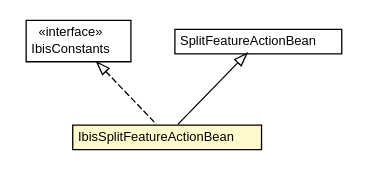
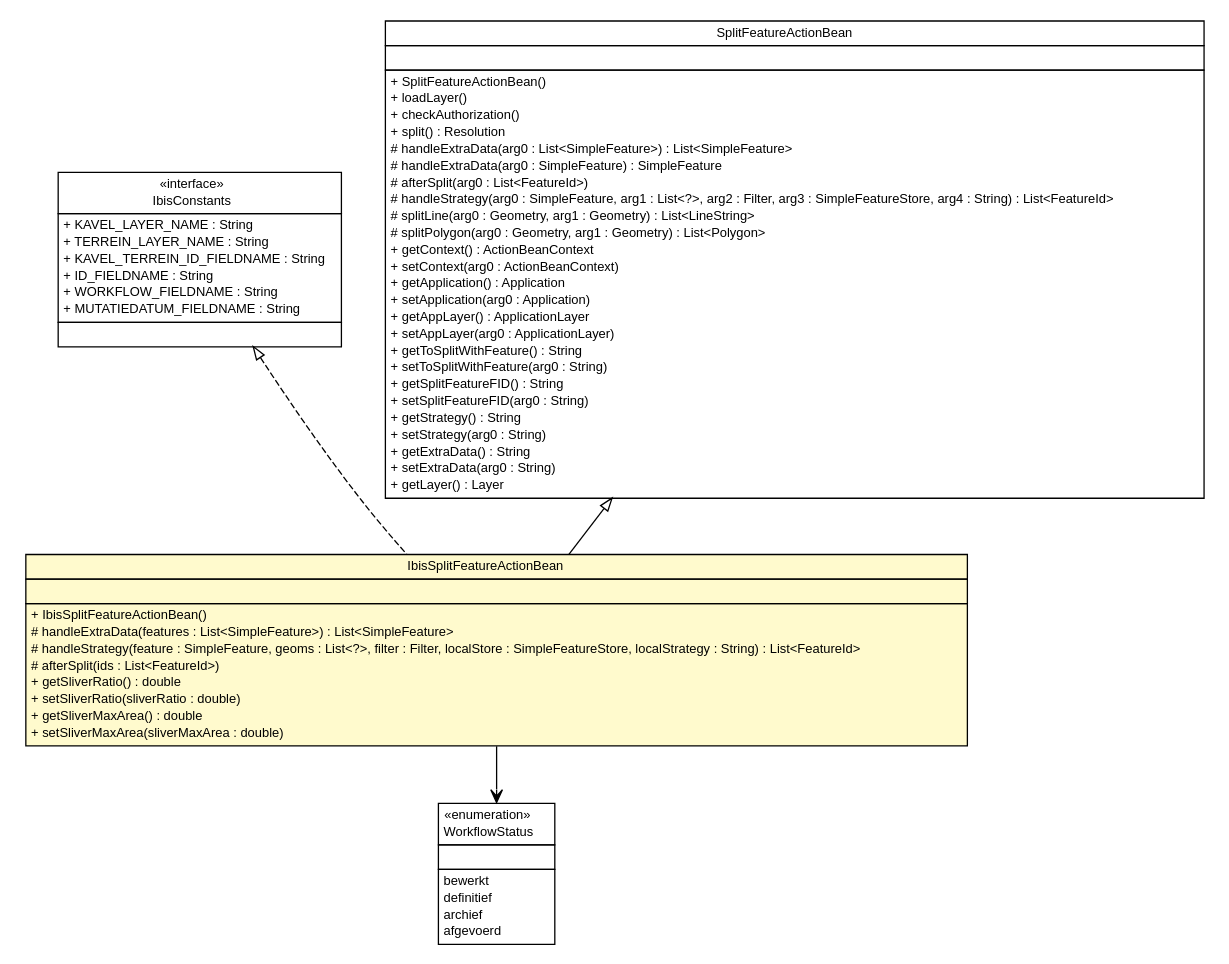
The diagram in ibis-viewer/apidocs/nl/b3p/viewer/stripes/IbisSplitFeatureActionBean.dot (B3Partners/flamingo-ibis), drawn with Graphviz before and after one commit. The commit also changed 233 other files, not shown here.

```diff
--- a/ibis-viewer/apidocs/nl/b3p/viewer/stripes/IbisSplitFeatureActionBean.dot
+++ b/ibis-viewer/apidocs/nl/b3p/viewer/stripes/IbisSplitFeatureActionBean.dot
@@ -1,35 +1,107 @@
 #!/usr/local/bin/dot
 #
 # Class diagram 
 # Generated by UMLGraph version R5_6-24-gf6e263 (http://www.umlgraph.org/)
 #
 
 digraph G {
 	edge [fontname="Helvetica",fontsize=10,labelfontname="Helvetica",labelfontsize=10];
 	node [fontname="Helvetica",fontsize=10,shape=plaintext];
 	nodesep=0.25;
 	ranksep=0.5;
 	// nl.b3p.viewer.stripes.IbisSplitFeatureActionBean
-	c232 [label=<<table title="nl.b3p.viewer.stripes.IbisSplitFeatureActionBean" border="0" cellborder="1" cellspacing="0" cellpadding="2" port="p" bgcolor="lemonChiffon" href="./IbisSplitFeatureActionBean.html">
+	c272 [label=<<table title="nl.b3p.viewer.stripes.IbisSplitFeatureActionBean" border="0" cellborder="1" cellspacing="0" cellpadding="2" port="p" bgcolor="lemonChiffon" href="./IbisSplitFeatureActionBean.html">
 		<tr><td><table border="0" cellspacing="0" cellpadding="1">
 <tr><td align="center" balign="center"> IbisSplitFeatureActionBean </td></tr>
 		</table></td></tr>
+		<tr><td><table border="0" cellspacing="0" cellpadding="1">
+<tr><td align="left" balign="left">  </td></tr>
+		</table></td></tr>
+		<tr><td><table border="0" cellspacing="0" cellpadding="1">
+<tr><td align="left" balign="left"> + IbisSplitFeatureActionBean() </td></tr>
+<tr><td align="left" balign="left"> # handleExtraData(features : List&lt;SimpleFeature&gt;) : List&lt;SimpleFeature&gt; </td></tr>
+<tr><td align="left" balign="left"> # handleStrategy(feature : SimpleFeature, geoms : List&lt;?&gt;, filter : Filter, localStore : SimpleFeatureStore, localStrategy : String) : List&lt;FeatureId&gt; </td></tr>
+<tr><td align="left" balign="left"> # afterSplit(ids : List&lt;FeatureId&gt;) </td></tr>
+<tr><td align="left" balign="left"> + getSliverRatio() : double </td></tr>
+<tr><td align="left" balign="left"> + setSliverRatio(sliverRatio : double) </td></tr>
+<tr><td align="left" balign="left"> + getSliverMaxArea() : double </td></tr>
+<tr><td align="left" balign="left"> + setSliverMaxArea(sliverMaxArea : double) </td></tr>
+		</table></td></tr>
 		</table>>, URL="./IbisSplitFeatureActionBean.html", fontname="Helvetica", fontcolor="black", fontsize=10.0];
+	// nl.b3p.viewer.ibis.util.WorkflowStatus
+	c275 [label=<<table title="nl.b3p.viewer.ibis.util.WorkflowStatus" border="0" cellborder="1" cellspacing="0" cellpadding="2" port="p" href="../ibis/util/WorkflowStatus.html">
+		<tr><td><table border="0" cellspacing="0" cellpadding="1">
+<tr><td align="center" balign="center"> &#171;enumeration&#187; </td></tr>
+<tr><td align="center" balign="center"> WorkflowStatus </td></tr>
+		</table></td></tr>
+		<tr><td><table border="0" cellspacing="0" cellpadding="1">
+<tr><td align="left" balign="left">  </td></tr>
+		</table></td></tr>
+		<tr><td><table border="0" cellspacing="0" cellpadding="1">
+<tr><td align="left" balign="left"> bewerkt </td></tr>
+<tr><td align="left" balign="left"> definitief </td></tr>
+<tr><td align="left" balign="left"> archief </td></tr>
+<tr><td align="left" balign="left"> afgevoerd </td></tr>
+		</table></td></tr>
+		</table>>, URL="../ibis/util/WorkflowStatus.html", fontname="Helvetica", fontcolor="black", fontsize=10.0];
 	// nl.b3p.viewer.ibis.util.IbisConstants
-	c236 [label=<<table title="nl.b3p.viewer.ibis.util.IbisConstants" border="0" cellborder="1" cellspacing="0" cellpadding="2" port="p" href="../ibis/util/IbisConstants.html">
+	c276 [label=<<table title="nl.b3p.viewer.ibis.util.IbisConstants" border="0" cellborder="1" cellspacing="0" cellpadding="2" port="p" href="../ibis/util/IbisConstants.html">
 		<tr><td><table border="0" cellspacing="0" cellpadding="1">
 <tr><td align="center" balign="center"> &#171;interface&#187; </td></tr>
 <tr><td align="center" balign="center"> IbisConstants </td></tr>
 		</table></td></tr>
+		<tr><td><table border="0" cellspacing="0" cellpadding="1">
+<tr><td align="left" balign="left"> + KAVEL_LAYER_NAME : String </td></tr>
+<tr><td align="left" balign="left"> + TERREIN_LAYER_NAME : String </td></tr>
+<tr><td align="left" balign="left"> + KAVEL_TERREIN_ID_FIELDNAME : String </td></tr>
+<tr><td align="left" balign="left"> + ID_FIELDNAME : String </td></tr>
+<tr><td align="left" balign="left"> + WORKFLOW_FIELDNAME : String </td></tr>
+<tr><td align="left" balign="left"> + MUTATIEDATUM_FIELDNAME : String </td></tr>
+		</table></td></tr>
+		<tr><td><table border="0" cellspacing="0" cellpadding="1">
+<tr><td align="left" balign="left">  </td></tr>
+		</table></td></tr>
 		</table>>, URL="../ibis/util/IbisConstants.html", fontname="Helvetica", fontcolor="black", fontsize=10.0];
 	//nl.b3p.viewer.stripes.IbisSplitFeatureActionBean extends nl.b3p.viewer.stripes.SplitFeatureActionBean
-	c238:p -> c232:p [dir=back,arrowtail=empty];
+	c278:p -> c272:p [dir=back,arrowtail=empty];
 	//nl.b3p.viewer.stripes.IbisSplitFeatureActionBean implements nl.b3p.viewer.ibis.util.IbisConstants
-	c236:p -> c232:p [dir=back,arrowtail=empty,style=dashed];
+	c276:p -> c272:p [dir=back,arrowtail=empty,style=dashed];
+	// nl.b3p.viewer.stripes.IbisSplitFeatureActionBean NAVASSOC nl.b3p.viewer.ibis.util.WorkflowStatus
+	c272:p -> c275:p [taillabel="", label="", headlabel="", fontname="Helvetica", fontcolor="black", fontsize=10.0, color="black", arrowhead=open];
 	// nl.b3p.viewer.stripes.SplitFeatureActionBean
-	c238 [label=<<table title="nl.b3p.viewer.stripes.SplitFeatureActionBean" border="0" cellborder="1" cellspacing="0" cellpadding="2" port="p">
+	c278 [label=<<table title="nl.b3p.viewer.stripes.SplitFeatureActionBean" border="0" cellborder="1" cellspacing="0" cellpadding="2" port="p">
 		<tr><td><table border="0" cellspacing="0" cellpadding="1">
 <tr><td align="center" balign="center"> SplitFeatureActionBean </td></tr>
 		</table></td></tr>
+		<tr><td><table border="0" cellspacing="0" cellpadding="1">
+<tr><td align="left" balign="left">  </td></tr>
+		</table></td></tr>
+		<tr><td><table border="0" cellspacing="0" cellpadding="1">
+<tr><td align="left" balign="left"> + SplitFeatureActionBean() </td></tr>
+<tr><td align="left" balign="left"> + loadLayer() </td></tr>
+<tr><td align="left" balign="left"> + checkAuthorization() </td></tr>
+<tr><td align="left" balign="left"> + split() : Resolution </td></tr>
+<tr><td align="left" balign="left"> # handleExtraData(arg0 : List&lt;SimpleFeature&gt;) : List&lt;SimpleFeature&gt; </td></tr>
+<tr><td align="left" balign="left"> # handleExtraData(arg0 : SimpleFeature) : SimpleFeature </td></tr>
+<tr><td align="left" balign="left"> # afterSplit(arg0 : List&lt;FeatureId&gt;) </td></tr>
+<tr><td align="left" balign="left"> # handleStrategy(arg0 : SimpleFeature, arg1 : List&lt;?&gt;, arg2 : Filter, arg3 : SimpleFeatureStore, arg4 : String) : List&lt;FeatureId&gt; </td></tr>
+<tr><td align="left" balign="left"> # splitLine(arg0 : Geometry, arg1 : Geometry) : List&lt;LineString&gt; </td></tr>
+<tr><td align="left" balign="left"> # splitPolygon(arg0 : Geometry, arg1 : Geometry) : List&lt;Polygon&gt; </td></tr>
+<tr><td align="left" balign="left"> + getContext() : ActionBeanContext </td></tr>
+<tr><td align="left" balign="left"> + setContext(arg0 : ActionBeanContext) </td></tr>
+<tr><td align="left" balign="left"> + getApplication() : Application </td></tr>
+<tr><td align="left" balign="left"> + setApplication(arg0 : Application) </td></tr>
+<tr><td align="left" balign="left"> + getAppLayer() : ApplicationLayer </td></tr>
+<tr><td align="left" balign="left"> + setAppLayer(arg0 : ApplicationLayer) </td></tr>
+<tr><td align="left" balign="left"> + getToSplitWithFeature() : String </td></tr>
+<tr><td align="left" balign="left"> + setToSplitWithFeature(arg0 : String) </td></tr>
+<tr><td align="left" balign="left"> + getSplitFeatureFID() : String </td></tr>
+<tr><td align="left" balign="left"> + setSplitFeatureFID(arg0 : String) </td></tr>
+<tr><td align="left" balign="left"> + getStrategy() : String </td></tr>
+<tr><td align="left" balign="left"> + setStrategy(arg0 : String) </td></tr>
+<tr><td align="left" balign="left"> + getExtraData() : String </td></tr>
+<tr><td align="left" balign="left"> + setExtraData(arg0 : String) </td></tr>
+<tr><td align="left" balign="left"> + getLayer() : Layer </td></tr>
+		</table></td></tr>
 		</table>>, URL="null", fontname="Helvetica", fontcolor="black", fontsize=10.0];
 }
```
